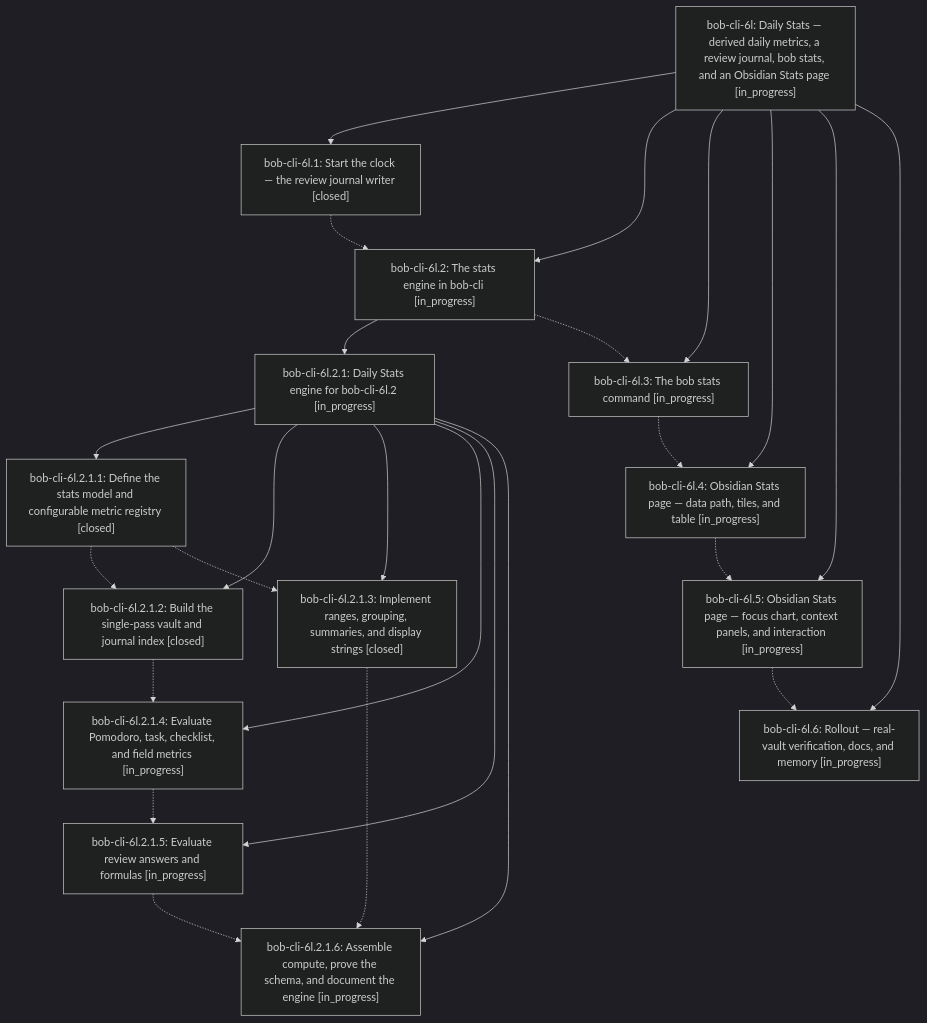
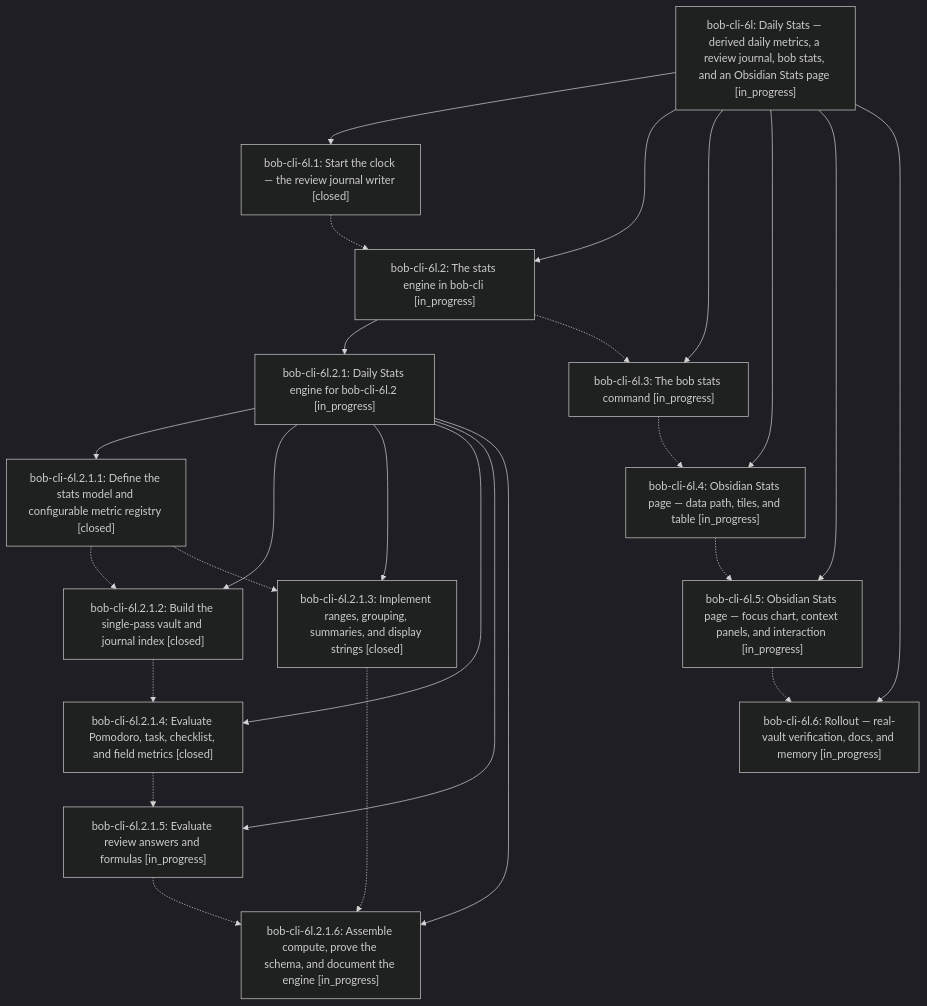
Before and after one commit to bobs-org/bob-cli--beads: the diagram in pages/bob-cli-6l/README.md, drawn with Mermaid (dark theme). The commit also changed other lines of this file and 5 other files, not shown here.

First line of the commit message:
chore(beads): sync bead state and pages for bob-cli-6l

````diff
--- a/pages/bob-cli-6l/README.md
+++ b/pages/bob-cli-6l/README.md
@@ -39,41 +39,41 @@
 ```mermaid
 flowchart TD
     n0["bob-cli-6l: Daily Stats — derived daily metrics, a review journal, bob stats, and an Obsidian Stats page [in_progress]"]
     n1["bob-cli-6l.1: Start the clock — the review journal writer [closed]"]
     n2["bob-cli-6l.2: The stats engine in bob-cli [in_progress]"]
     n3["bob-cli-6l.2.1: Daily Stats engine for bob-cli-6l.2 [in_progress]"]
     n4["bob-cli-6l.2.1.1: Define the stats model and configurable metric registry [closed]"]
     n5["bob-cli-6l.2.1.2: Build the single-pass vault and journal index [closed]"]
     n6["bob-cli-6l.2.1.3: Implement ranges, grouping, summaries, and display strings [closed]"]
-    n7["bob-cli-6l.2.1.4: Evaluate Pomodoro, task, checklist, and field metrics [in_progress]"]
+    n7["bob-cli-6l.2.1.4: Evaluate Pomodoro, task, checklist, and field metrics [closed]"]
     n8["bob-cli-6l.2.1.5: Evaluate review answers and formulas [in_progress]"]
     n9["bob-cli-6l.2.1.6: Assemble compute, prove the schema, and document the engine [in_progress]"]
     n10["bob-cli-6l.3: The bob stats command [in_progress]"]
     n11["bob-cli-6l.4: Obsidian Stats page — data path, tiles, and table [in_progress]"]
     n12["bob-cli-6l.5: Obsidian Stats page — focus chart, context panels, and interaction [in_progress]"]
     n13["bob-cli-6l.6: Rollout — real-vault verification, docs, and memory [in_progress]"]
     n0 --> n1
     n0 --> n2
     n2 --> n3
     n3 --> n4
     n3 --> n5
     n3 --> n6
     n3 --> n7
     n3 --> n8
     n3 --> n9
     n0 --> n10
     n0 --> n11
     n0 --> n12
     n0 --> n13
     n1 -.-> n2
     n2 -.-> n10
     n4 -.-> n5
     n4 -.-> n6
     n5 -.-> n7
     n6 -.-> n9
     n7 -.-> n8
     n8 -.-> n9
     n10 -.-> n11
     n11 -.-> n12
     n12 -.-> n13
 ```
````
